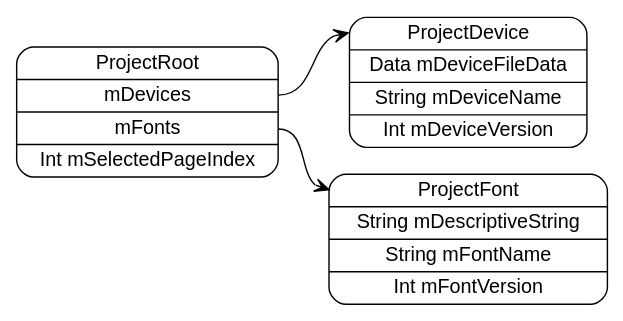
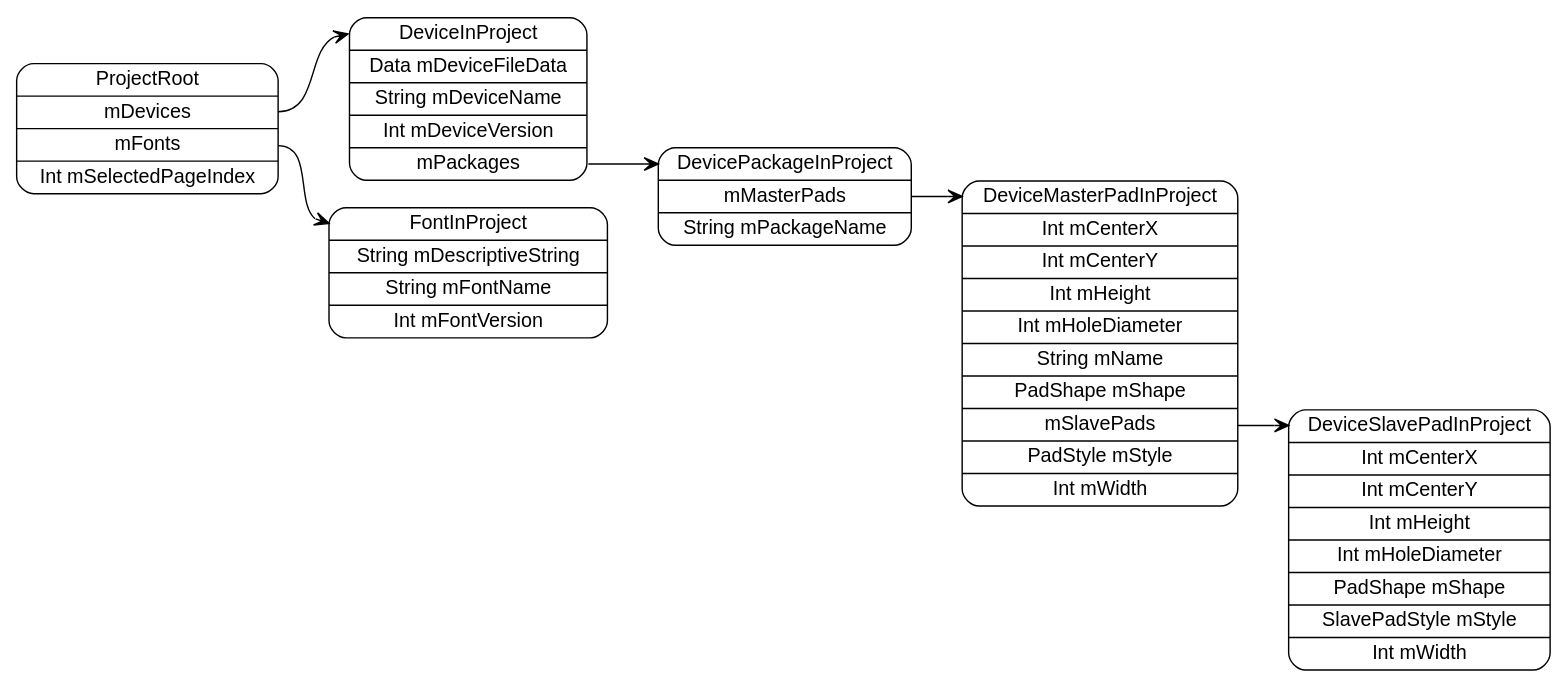
One commit to pierremolinaro/ElCanari-dev changed the diagram in models/ProjectRoot.dot. Above: the diagram before and after it, drawn with Graphviz. The commit also changed 68 other files, not shown here.

Commit message:
Starting device update in project

```diff
--- a/models/ProjectRoot.dot
+++ b/models/ProjectRoot.dot
@@ -1,9 +1,15 @@
 digraph G {
   rankdir=LR ;
   node [shape=record fontname=helvetica style=rounded] ;
   ProjectRoot[label="<ProjectRoot>ProjectRoot|<mDevices>mDevices|<mFonts>mFonts|Int mSelectedPageIndex"] ;
-  ProjectFont[label="<ProjectFont>ProjectFont|String mDescriptiveString|String mFontName|Int mFontVersion"] ;
-  ProjectDevice[label="<ProjectDevice>ProjectDevice|Data mDeviceFileData|String mDeviceName|Int mDeviceVersion"] ;
-  ProjectRoot:mDevices -> ProjectDevice:ProjectDevice [dir=both arrowtail=none arrowhead=vee] ;
-  ProjectRoot:mFonts -> ProjectFont:ProjectFont [dir=both arrowtail=none arrowhead=vee] ;
+  FontInProject[label="<FontInProject>FontInProject|String mDescriptiveString|String mFontName|Int mFontVersion"] ;
+  DeviceInProject[label="<DeviceInProject>DeviceInProject|Data mDeviceFileData|String mDeviceName|Int mDeviceVersion|<mPackages>mPackages"] ;
+  DevicePackageInProject[label="<DevicePackageInProject>DevicePackageInProject|<mMasterPads>mMasterPads|String mPackageName"] ;
+  DeviceMasterPadInProject[label="<DeviceMasterPadInProject>DeviceMasterPadInProject|Int mCenterX|Int mCenterY|Int mHeight|Int mHoleDiameter|String mName|PadShape mShape|<mSlavePads>mSlavePads|PadStyle mStyle|Int mWidth"] ;
+  DeviceSlavePadInProject[label="<DeviceSlavePadInProject>DeviceSlavePadInProject|Int mCenterX|Int mCenterY|Int mHeight|Int mHoleDiameter|PadShape mShape|SlavePadStyle mStyle|Int mWidth"] ;
+  ProjectRoot:mDevices -> DeviceInProject:DeviceInProject [dir=both arrowtail=none arrowhead=vee] ;
+  ProjectRoot:mFonts -> FontInProject:FontInProject [dir=both arrowtail=none arrowhead=vee] ;
+  DeviceInProject:mPackages -> DevicePackageInProject:DevicePackageInProject [dir=both arrowtail=none arrowhead=vee] ;
+  DevicePackageInProject:mMasterPads -> DeviceMasterPadInProject:DeviceMasterPadInProject [dir=both arrowtail=none arrowhead=vee] ;
+  DeviceMasterPadInProject:mSlavePads -> DeviceSlavePadInProject:DeviceSlavePadInProject [dir=both arrowtail=none arrowhead=vee] ;
 }
```
